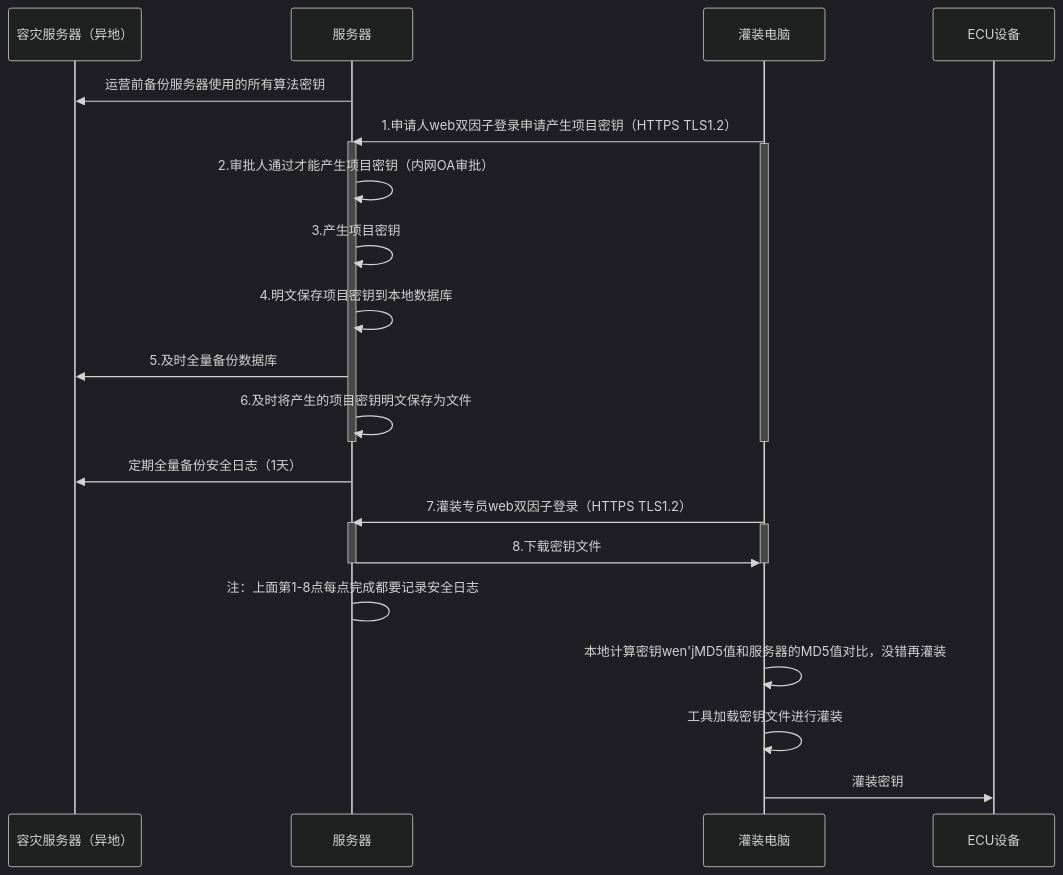
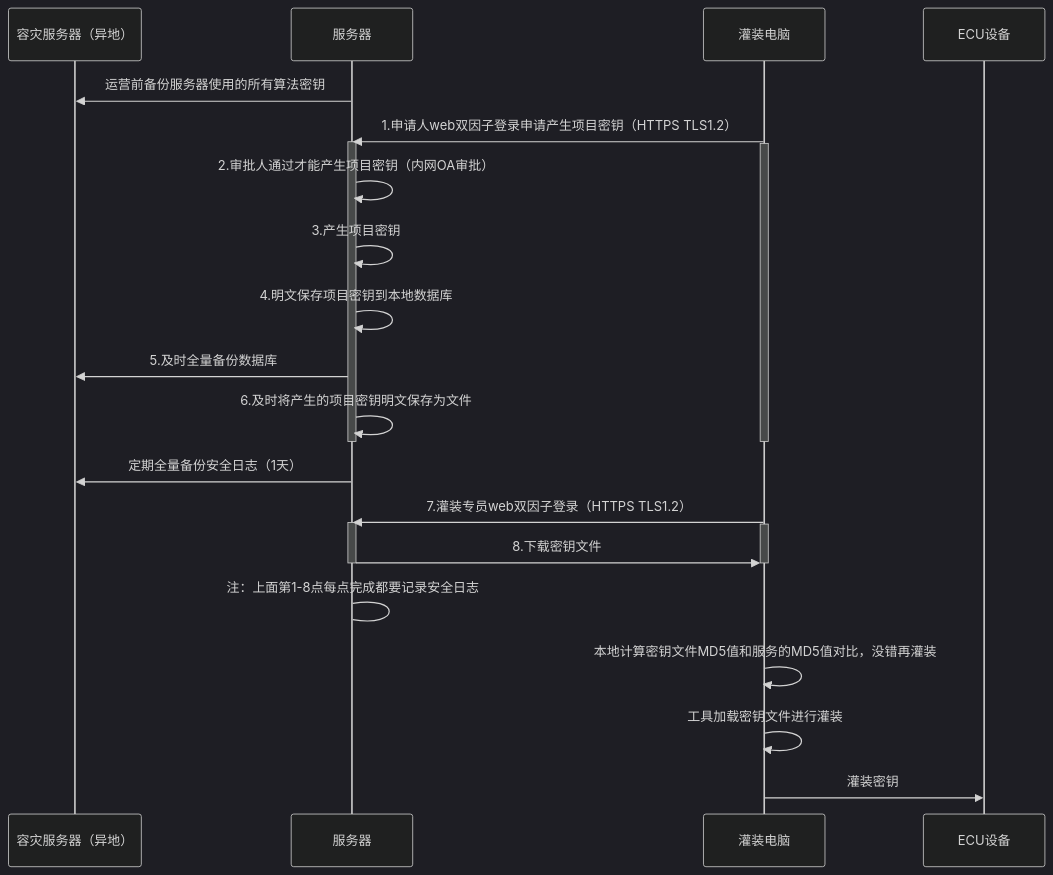
The diagram in all/未命名-17.md (facebook-cloud/iodraw-files), drawn with Mermaid (dark theme) before and after one commit.

Commit message:
2026-03-06 10:24:34 update

````diff
--- a/all/未命名-17.md
+++ b/all/未命名-17.md
@@ -1,34 +1,34 @@
 ```mermaid
 sequenceDiagram
     participant A as 容灾服务器（异地）
     participant B as 服务器
     participant D as 灌装电脑
     participant E as ECU设备
 
     B->>A: 运营前备份服务器使用的所有算法密钥
     D->>B: 1.申请人web双因子登录申请产生项目密钥（HTTPS TLS1.2）
     activate B
     activate D
     B->>B: 2.审批人通过才能产生项目密钥（内网OA审批）
     B->>B: 3.产生项目密钥
     B->>B: 4.明文保存项目密钥到本地数据库
     B->>A: 5.及时全量备份数据库
     B->>B: 6.及时将产生的项目密钥明文保存为文件
     deactivate B
     deactivate D
 
     B->>A: 定期全量备份安全日志（1天）
     
     D->>B: 7.灌装专员web双因子登录（HTTPS TLS1.2）
     activate B
     activate D
     B->>D: 8.下载密钥文件
     deactivate B
     deactivate D
     B->B: 注：上面第1-8点每点完成都要记录安全日志
 
-    D->>D:本地计算密钥wen'jMD5值和服务器的MD5值对比，没错再灌装
+    D->>D:本地计算密钥文件MD5值和服务的MD5值对比，没错再灌装
     D->>D:工具加载密钥文件进行灌装
     
     D->>E: 灌装密钥
 ```
````
